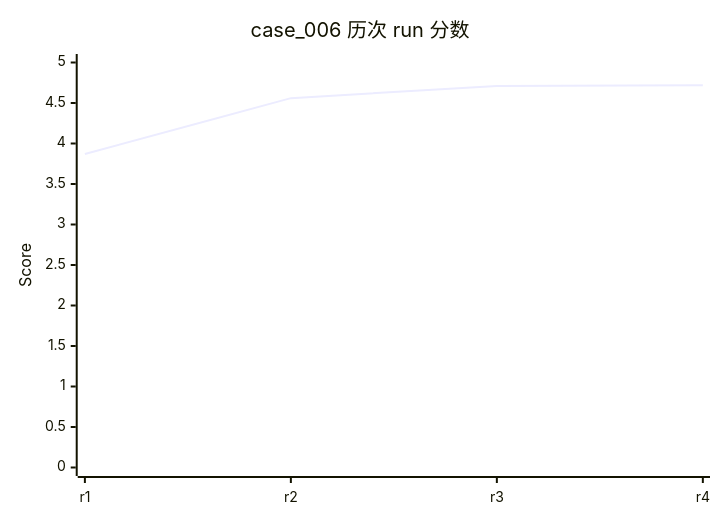
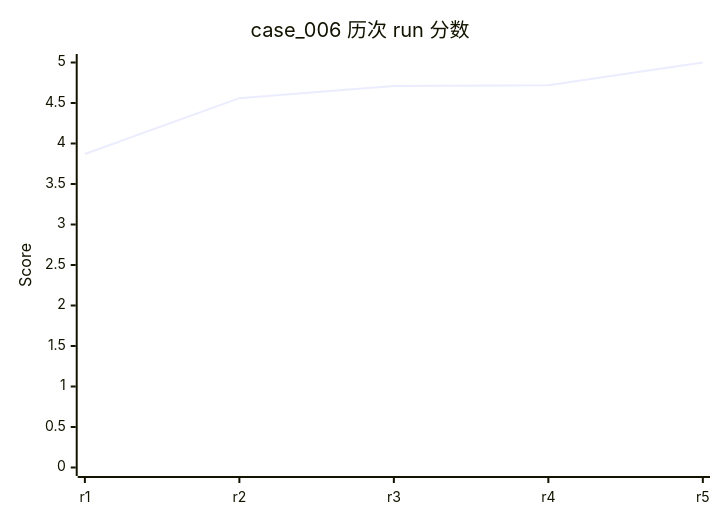
One commit to rushengzhou/sid-code changed diagram 12 of 58 in evals/DASHBOARD.md. Above: the diagram before and after it, drawn with Mermaid. The commit also changed other lines of this file and 53 other files, not shown here.

````diff
--- a/evals/DASHBOARD.md
+++ b/evals/DASHBOARD.md
@@ -316,7 +317,7 @@
 ```mermaid
 xychart-beta
     title "case_006 历次 run 分数"
-    x-axis [r1, r2, r3, r4]
+    x-axis [r1, r2, r3, r4, r5]
     y-axis "Score" 0 --> 5
-    line [3.87, 4.56, 4.71, 4.72]
+    line [3.87, 4.56, 4.71, 4.72, 5.00]
 ```
````
